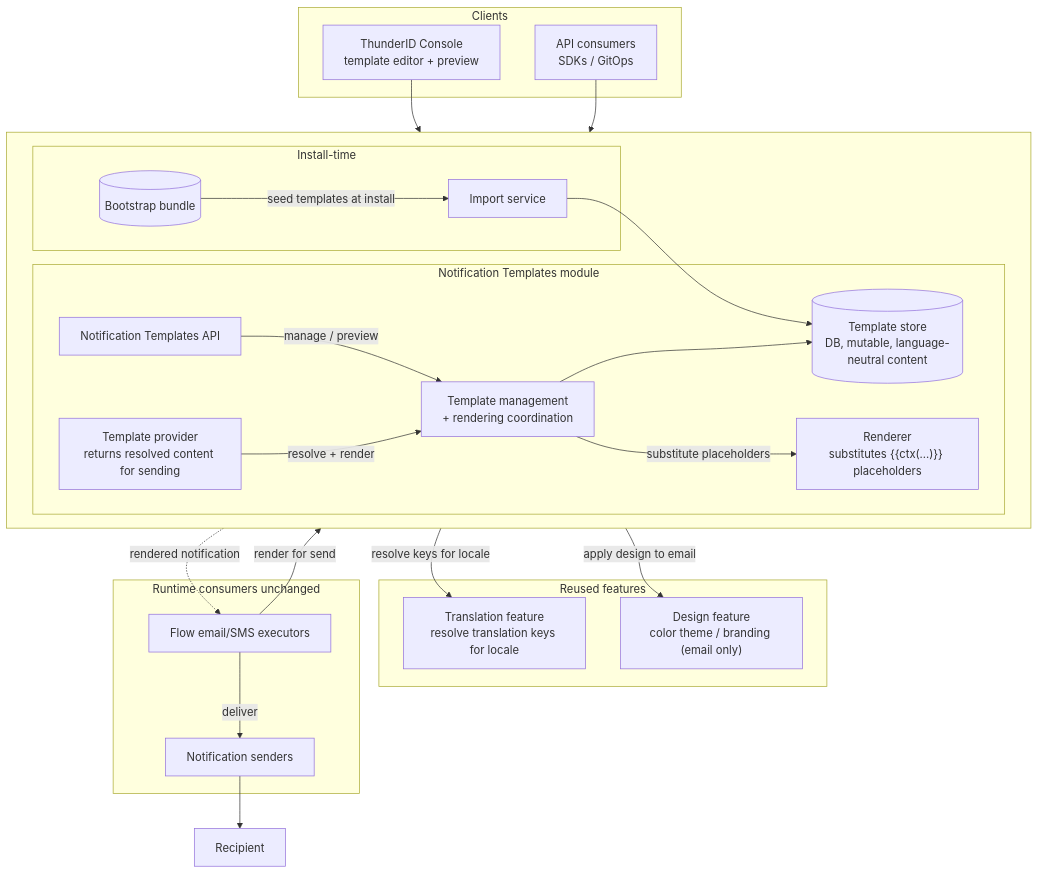
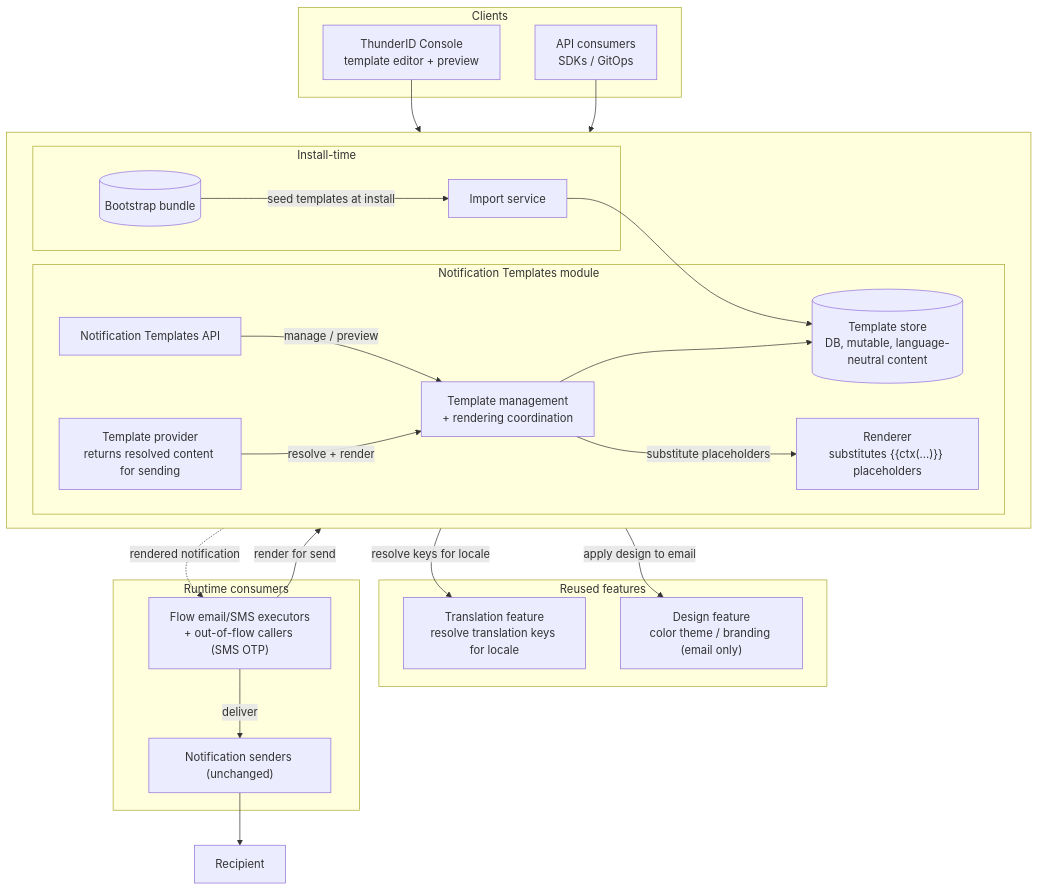
Before and after one commit to Thisara-Welmilla/thunderid: the diagram in docs-internals/notification-templates/spec.md, drawn with Mermaid. The commit also changed other lines of this file, not shown here.

````diff
--- a/docs-internals/notification-templates/spec.md
+++ b/docs-internals/notification-templates/spec.md
@@ -25,51 +25,51 @@
 ```mermaid
 flowchart TB
     subgraph clients [Clients]
         Console["ThunderID Console<br/>template editor + preview"]
         ApiClient["API consumers<br/>SDKs / GitOps"]
     end
 
     subgraph core [ ]
         direction LR
         subgraph nt [Notification Templates module]
             API["Notification Templates API"]
             MgmtSvc["Template management<br/>+ rendering coordination"]
             Provider["Template provider<br/>returns resolved content for sending"]
             Renderer["Renderer<br/>substitutes {{ctx(...)}} placeholders"]
             Store[("Template store<br/>DB, mutable, language-neutral content")]
         end
 
         subgraph install [Install-time]
             Bootstrap[("Bootstrap bundle")]
             Importer["Import service"]
         end
     end
 
     subgraph reused [Reused features]
         Translation["Translation feature<br/>resolve translation keys for locale"]
         Design["Design feature<br/>color theme / branding (email only)"]
     end
 
-    subgraph consumers [Runtime consumers unchanged]
-        Flow["Flow email/SMS executors"]
-        Sender["Notification senders"]
+    subgraph consumers [Runtime consumers]
+        Flow["Flow email/SMS executors<br/>+ out-of-flow callers (SMS OTP)"]
+        Sender["Notification senders (unchanged)"]
     end
     Recipient["Recipient"]
 
     Console --> API
     ApiClient --> API
     API -->|manage / preview| MgmtSvc
     MgmtSvc --> Store
     Bootstrap -->|seed templates at install| Importer --> Store
     MgmtSvc -->|resolve keys for locale| Translation
     MgmtSvc -->|apply design to email| Design
     MgmtSvc -->|substitute placeholders| Renderer
     Flow -->|render for send| Provider
     Provider -->|resolve + render| MgmtSvc
     Provider -. rendered notification .-> Flow
     Flow -->|deliver| Sender --> Recipient
 
     Store ~~~ Translation
     Renderer ~~~ Design
     nt ~~~ reused
 ```
````
